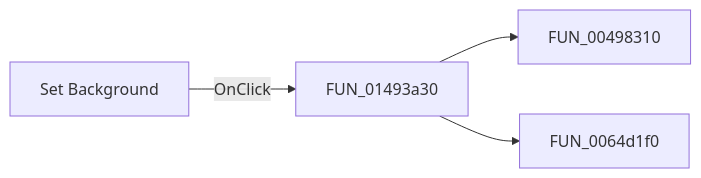
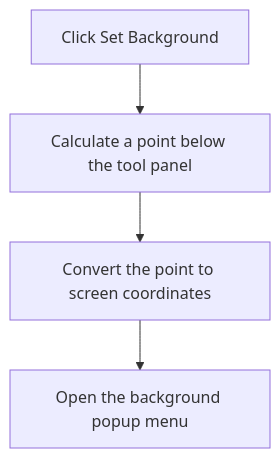
The diagram in docs/ui-controls/frmdesigntool/setbackground-1c957efaa4.md (MovGP0/TIARA), drawn with Mermaid before and after one commit. The commit also changed other lines of this file and 387 other files, not shown here.

````diff
--- a/docs/ui-controls/frmdesigntool/setbackground-1c957efaa4.md
+++ b/docs/ui-controls/frmdesigntool/setbackground-1c957efaa4.md
@@ -27,6 +27,6 @@
 ```mermaid
-flowchart LR
-    control["Set Background"] -->|OnClick| handler["FUN_01493a30"]
-    handler --> call1["FUN_00498310"]
-    handler --> call2["FUN_0064d1f0"]
+flowchart TD
+    click["Click Set Background"] --> point["Calculate a point below the tool panel"]
+    point --> screen["Convert the point to screen coordinates"]
+    screen --> popup["Open the background popup menu"]
 ```
````
